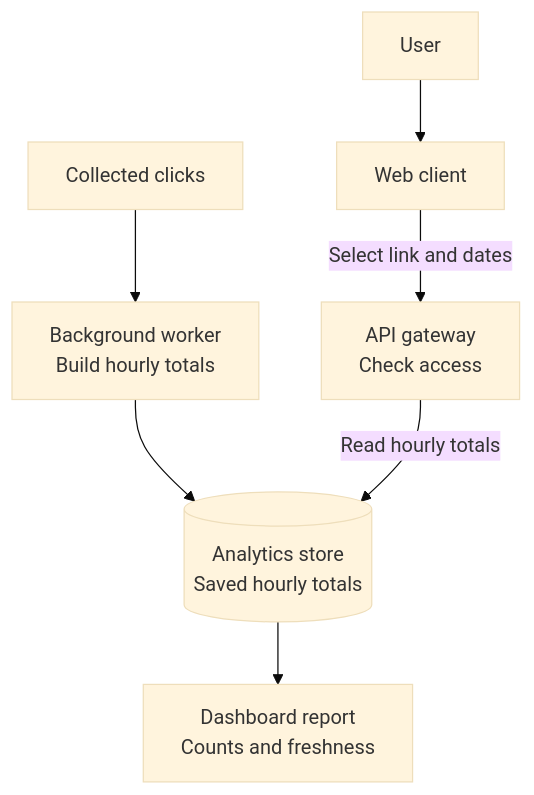
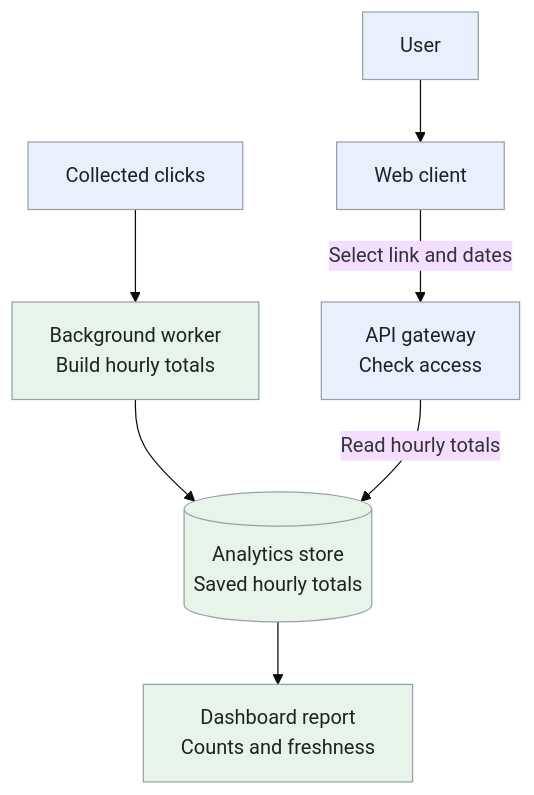
The fourth of 6 diagrams in _designs/system-design-bitly-url-shortener.md (iliazlobin/iliazlobin.github.io), drawn with Mermaid (base theme) before and after one commit. The commit also changed other lines of this file and 20 other files, not shown here.

Commit message:
Improve design flows, tradeoffs, and technology references

````diff
--- a/_designs/system-design-bitly-url-shortener.md
+++ b/_designs/system-design-bitly-url-shortener.md
@@ -357,11 +380,16 @@
 ```mermaid
 flowchart TB
     Visits["Collected clicks"]
     Worker["Background worker<br>Build hourly totals"]
     Totals[("Analytics store<br>Saved hourly totals")]
     User["User"] --> Web["Web client"]
     Web -->|"Select link and dates"| API["API gateway<br>Check access"]
     Visits --> Worker --> Totals
     API -->|"Read hourly totals"| Totals
     Totals --> Report["Dashboard report<br>Counts and freshness"]
+  classDef request fill:#e8f0fe,stroke:#9aa0a6,color:#202124,stroke-width:1px
+  classDef background fill:#e6f4ea,stroke:#9aa0a6,color:#202124,stroke-width:1px
+  classDef control fill:#fef7e0,stroke:#9aa0a6,color:#202124,stroke-width:1px
+  class Visits,User,Web,API request
+  class Worker,Totals,Report background
 ```
````
